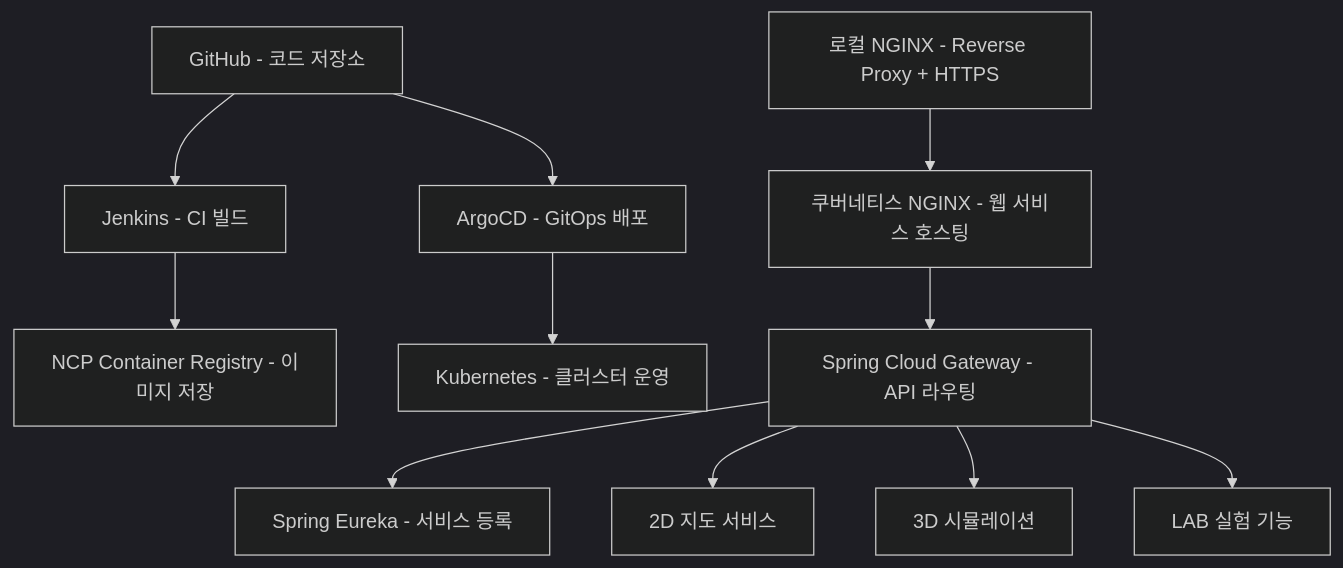
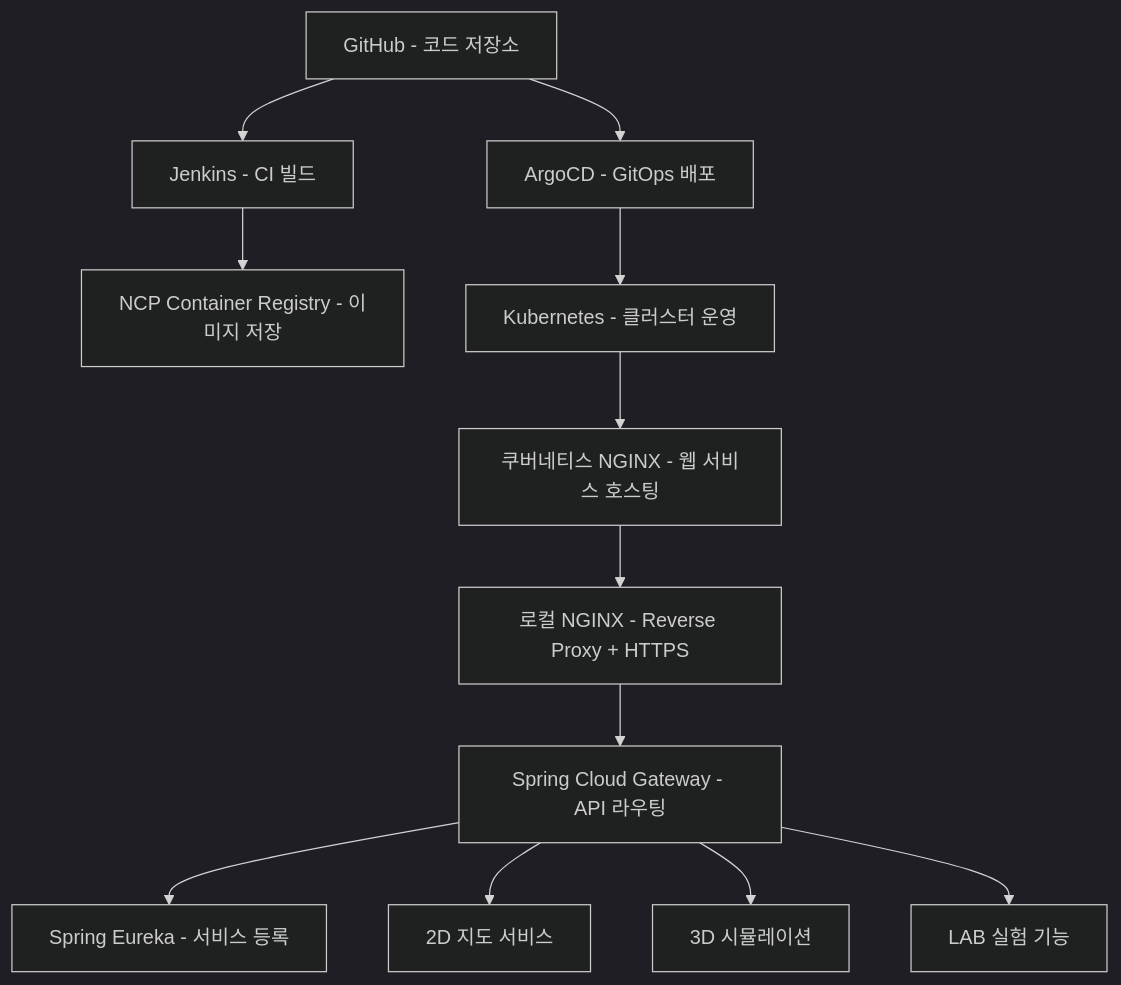
The diagram in README.md (stylealist/sj-lab), drawn with Mermaid (dark theme) before and after one commit.

Commit message:
아키텍처 구조 변경 2

````diff
--- a/README.md
+++ b/README.md
@@ -32,22 +32,21 @@
 ```mermaid
 graph TD
   GitHub[GitHub - 코드 저장소]
   Jenkins[Jenkins - CI 빌드]
   NCPRegistry["NCP Container Registry - 이미지 저장"]
   ArgoCD[ArgoCD - GitOps 배포]
   K8s[Kubernetes - 클러스터 운영]
   K8sNGINX[쿠버네티스 NGINX - 웹 서비스 호스팅]
   LocalNGINX[로컬 NGINX - Reverse Proxy + HTTPS]
   Eureka[Spring Eureka - 서비스 등록]
   Gateway[Spring Cloud Gateway - API 라우팅]
   Service1[2D 지도 서비스]
   Service2[3D 시뮬레이션]
   Service3[LAB 실험 기능]
 
   GitHub --> Jenkins --> NCPRegistry
-  GitHub --> ArgoCD --> K8s
-  LocalNGINX --> K8sNGINX --> Gateway --> Eureka
+  GitHub --> ArgoCD --> K8s --> K8sNGINX --> LocalNGINX --> Gateway --> Eureka
   Gateway --> Service1
   Gateway --> Service2
   Gateway --> Service3
 ```
````
